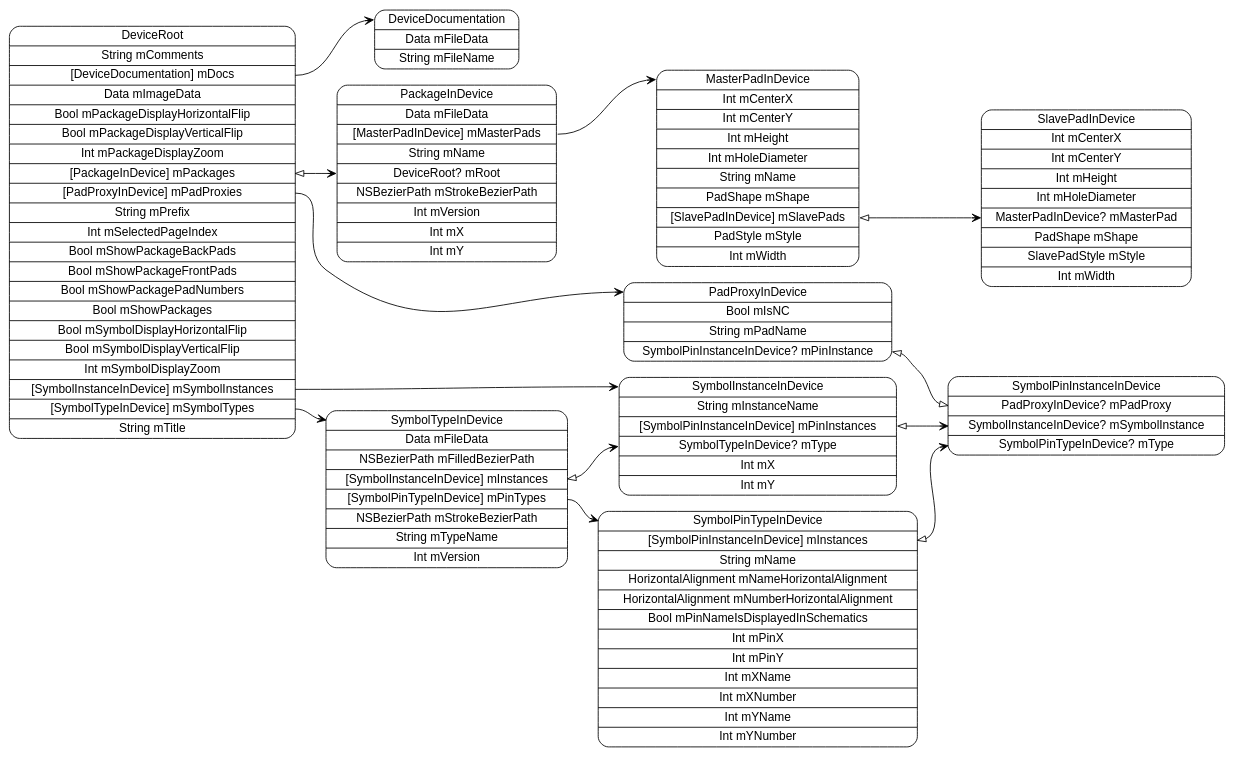
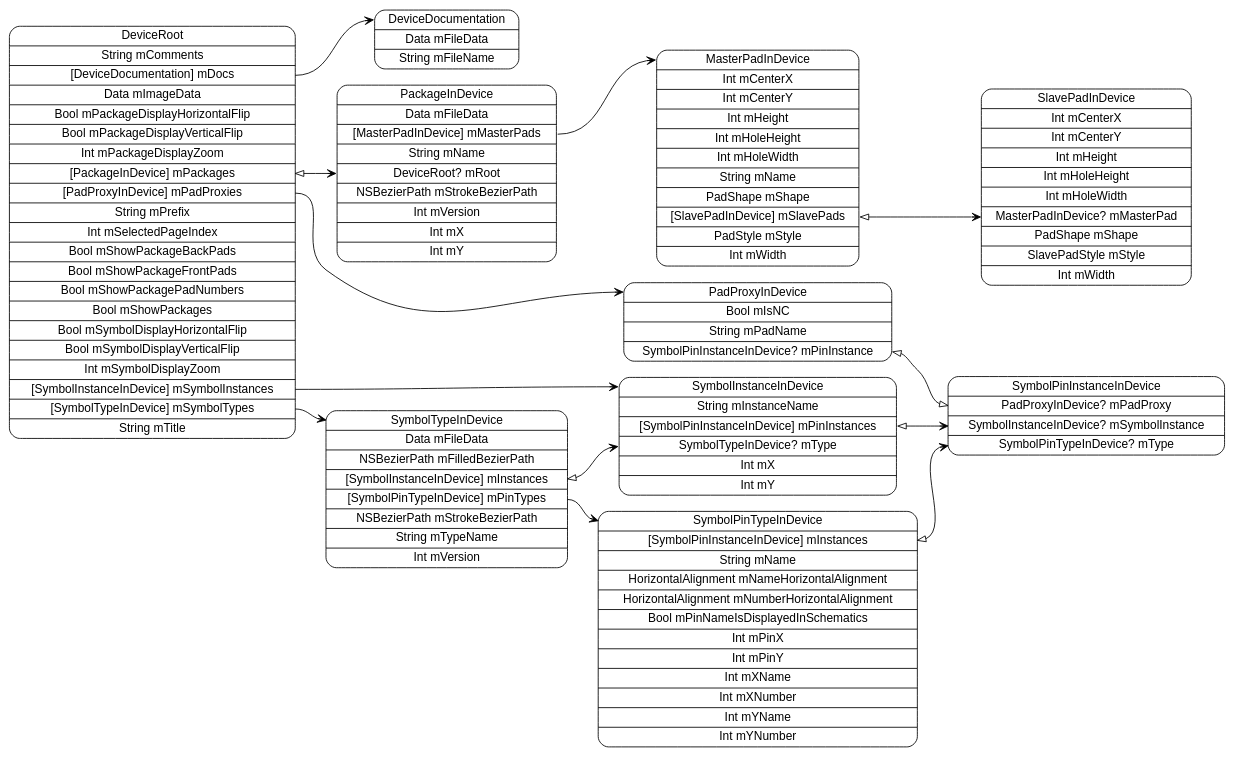
One commit to pierremolinaro/ElCanari-dev changed the diagram in models/DeviceRoot.dot. Above: the diagram before and after it, drawn with Graphviz. The commit also changed 58 other files, not shown here.

Commit message:
Added width and height for pads

```diff
--- a/models/DeviceRoot.dot
+++ b/models/DeviceRoot.dot
@@ -1,26 +1,26 @@
 digraph G {
   rankdir=LR ;
   node [shape=record fontname=helvetica style=rounded] ;
   DeviceRoot[label="<DeviceRoot>DeviceRoot|String mComments|<mDocs>[DeviceDocumentation] mDocs|Data mImageData|Bool mPackageDisplayHorizontalFlip|Bool mPackageDisplayVerticalFlip|Int mPackageDisplayZoom|<mPackages>[PackageInDevice] mPackages|<mPadProxies>[PadProxyInDevice] mPadProxies|String mPrefix|Int mSelectedPageIndex|Bool mShowPackageBackPads|Bool mShowPackageFrontPads|Bool mShowPackagePadNumbers|Bool mShowPackages|Bool mSymbolDisplayHorizontalFlip|Bool mSymbolDisplayVerticalFlip|Int mSymbolDisplayZoom|<mSymbolInstances>[SymbolInstanceInDevice] mSymbolInstances|<mSymbolTypes>[SymbolTypeInDevice] mSymbolTypes|String mTitle"] ;
   SymbolTypeInDevice[label="<SymbolTypeInDevice>SymbolTypeInDevice|Data mFileData|NSBezierPath mFilledBezierPath|<mInstances>[SymbolInstanceInDevice] mInstances|<mPinTypes>[SymbolPinTypeInDevice] mPinTypes|NSBezierPath mStrokeBezierPath|String mTypeName|Int mVersion"] ;
   SymbolPinTypeInDevice[label="<SymbolPinTypeInDevice>SymbolPinTypeInDevice|<mInstances>[SymbolPinInstanceInDevice] mInstances|String mName|HorizontalAlignment mNameHorizontalAlignment|HorizontalAlignment mNumberHorizontalAlignment|Bool mPinNameIsDisplayedInSchematics|Int mPinX|Int mPinY|Int mXName|Int mXNumber|Int mYName|Int mYNumber"] ;
   SymbolPinInstanceInDevice[label="<SymbolPinInstanceInDevice>SymbolPinInstanceInDevice|<mPadProxy>PadProxyInDevice? mPadProxy|<mSymbolInstance>SymbolInstanceInDevice? mSymbolInstance|<mType>SymbolPinTypeInDevice? mType"] ;
   SymbolInstanceInDevice[label="<SymbolInstanceInDevice>SymbolInstanceInDevice|String mInstanceName|<mPinInstances>[SymbolPinInstanceInDevice] mPinInstances|<mType>SymbolTypeInDevice? mType|Int mX|Int mY"] ;
   PadProxyInDevice[label="<PadProxyInDevice>PadProxyInDevice|Bool mIsNC|String mPadName|<mPinInstance>SymbolPinInstanceInDevice? mPinInstance"] ;
   PackageInDevice[label="<PackageInDevice>PackageInDevice|Data mFileData|<mMasterPads>[MasterPadInDevice] mMasterPads|String mName|<mRoot>DeviceRoot? mRoot|NSBezierPath mStrokeBezierPath|Int mVersion|Int mX|Int mY"] ;
-  MasterPadInDevice[label="<MasterPadInDevice>MasterPadInDevice|Int mCenterX|Int mCenterY|Int mHeight|Int mHoleDiameter|String mName|PadShape mShape|<mSlavePads>[SlavePadInDevice] mSlavePads|PadStyle mStyle|Int mWidth"] ;
-  SlavePadInDevice[label="<SlavePadInDevice>SlavePadInDevice|Int mCenterX|Int mCenterY|Int mHeight|Int mHoleDiameter|<mMasterPad>MasterPadInDevice? mMasterPad|PadShape mShape|SlavePadStyle mStyle|Int mWidth"] ;
+  MasterPadInDevice[label="<MasterPadInDevice>MasterPadInDevice|Int mCenterX|Int mCenterY|Int mHeight|Int mHoleHeight|Int mHoleWidth|String mName|PadShape mShape|<mSlavePads>[SlavePadInDevice] mSlavePads|PadStyle mStyle|Int mWidth"] ;
+  SlavePadInDevice[label="<SlavePadInDevice>SlavePadInDevice|Int mCenterX|Int mCenterY|Int mHeight|Int mHoleHeight|Int mHoleWidth|<mMasterPad>MasterPadInDevice? mMasterPad|PadShape mShape|SlavePadStyle mStyle|Int mWidth"] ;
   DeviceDocumentation[label="<DeviceDocumentation>DeviceDocumentation|Data mFileData|String mFileName"] ;
   DeviceRoot:mDocs -> DeviceDocumentation:DeviceDocumentation [dir=both arrowtail=none arrowhead=vee] ;
   DeviceRoot:mPackages -> PackageInDevice:mRoot [dir=both arrowtail=onormal arrowhead=vee] ;
   DeviceRoot:mPadProxies -> PadProxyInDevice:PadProxyInDevice [dir=both arrowtail=none arrowhead=vee] ;
   DeviceRoot:mSymbolInstances -> SymbolInstanceInDevice:SymbolInstanceInDevice [dir=both arrowtail=none arrowhead=vee] ;
   DeviceRoot:mSymbolTypes -> SymbolTypeInDevice:SymbolTypeInDevice [dir=both arrowtail=none arrowhead=vee] ;
   SymbolTypeInDevice:mInstances -> SymbolInstanceInDevice:mType [dir=both arrowtail=onormal arrowhead=vee] ;
   SymbolTypeInDevice:mPinTypes -> SymbolPinTypeInDevice:SymbolPinTypeInDevice [dir=both arrowtail=none arrowhead=vee] ;
   SymbolPinTypeInDevice:mInstances -> SymbolPinInstanceInDevice:mType [dir=both arrowtail=onormal arrowhead=vee] ;
   SymbolInstanceInDevice:mPinInstances -> SymbolPinInstanceInDevice:mSymbolInstance [dir=both arrowtail=onormal arrowhead=vee] ;
   PadProxyInDevice:mPinInstance -> SymbolPinInstanceInDevice:mPadProxy [dir=both arrowtail=onormal arrowhead=onormal] ;
   PackageInDevice:mMasterPads -> MasterPadInDevice:MasterPadInDevice [dir=both arrowtail=none arrowhead=vee] ;
   MasterPadInDevice:mSlavePads -> SlavePadInDevice:mMasterPad [dir=both arrowtail=onormal arrowhead=vee] ;
 }
```
